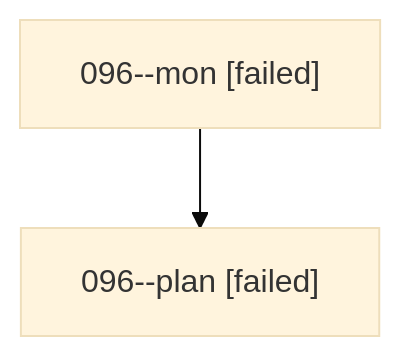
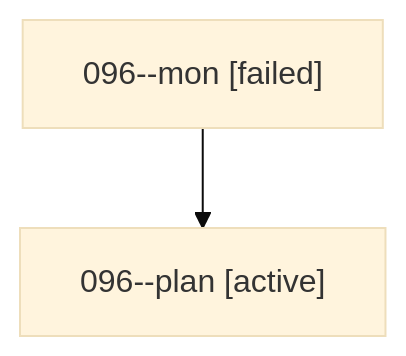
One commit to sase-org/sase--agents changed the diagram in families/bbugyi200.athena.096.md. Above: the diagram before and after it, drawn with Mermaid (base theme). The commit also changed other lines of this file and 35830 other files, not shown here.

````diff
--- a/families/bbugyi200.athena.096.md
+++ b/families/bbugyi200.athena.096.md
@@ -9,6 +9,6 @@
 ```mermaid
 flowchart TD
   n0["096--mon [failed]"]
-  n1["096--plan [failed]"]
+  n1["096--plan [active]"]
   n0 --> n1
 ```
````
